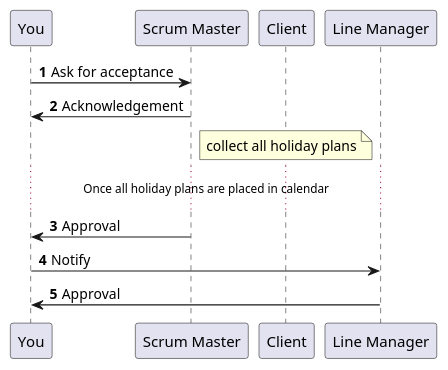
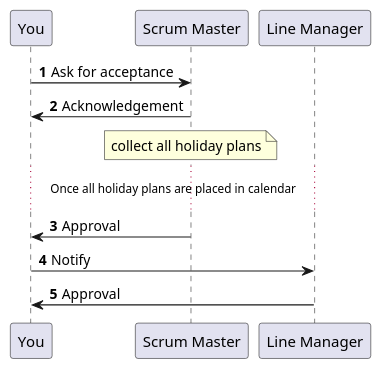
Before and after one commit to MaciejGGH/adoc_starter: the diagram in test.adoc, drawn with PlantUML. The commit also changed other lines of this file, not shown here.

Commit message:
Fix typo, fix diagram

```diff
--- a/test.adoc
+++ b/test.adoc
@@ -65,13 +65,13 @@
 [plantuml, rodzinka2, png]
 ....
 @startuml
 autonumber
 You -> "Scrum Master" as SM: Ask for acceptance
 SM -> You: Acknowledgement
-note over Client: collect all holiday plans
+note over SM: collect all holiday plans
 ... Once all holiday plans are placed in calendar ...
 SM -> You: Approval
 You -> "Line Manager" as LM: Notify
 LM -> You: Approval
 @enduml
 ....
```
